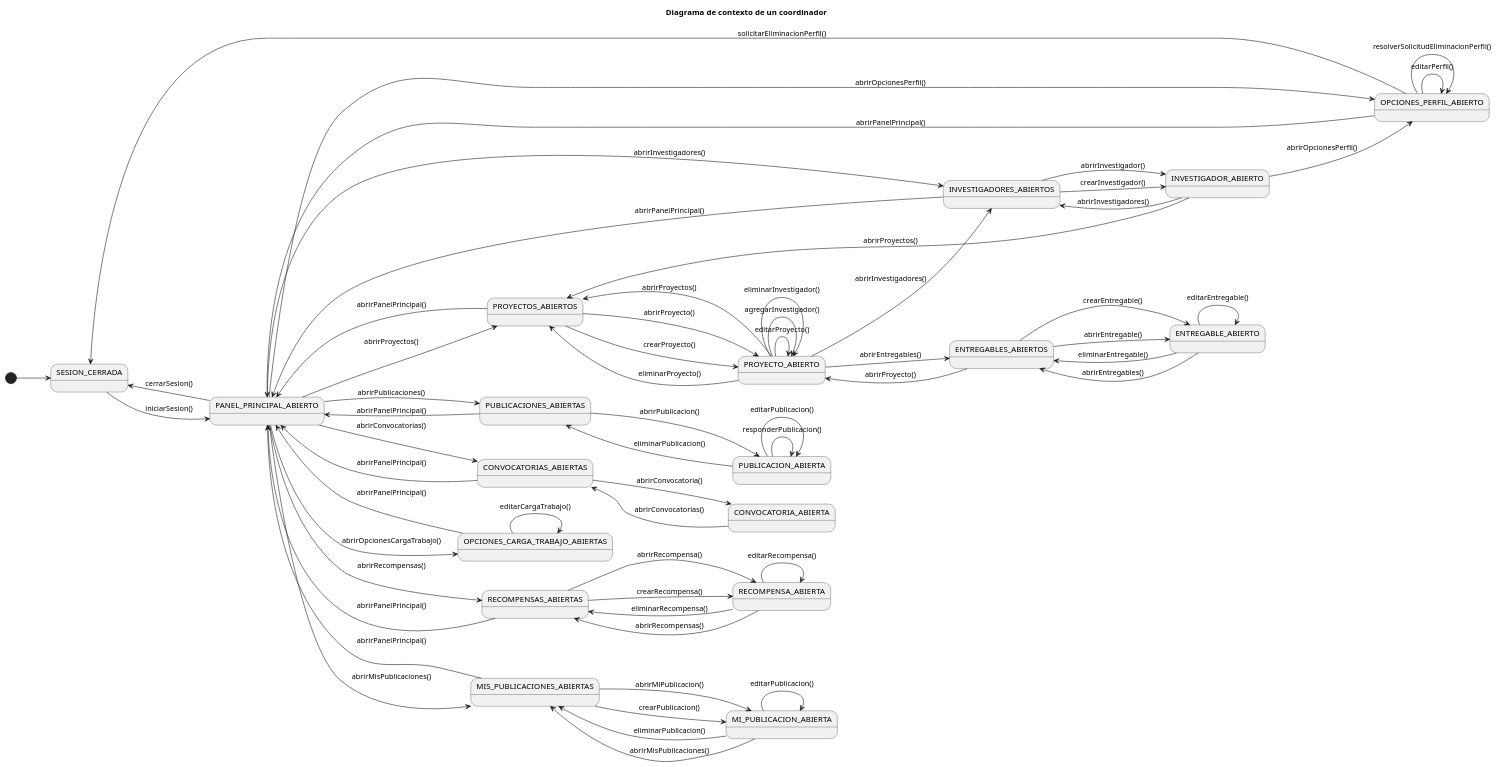
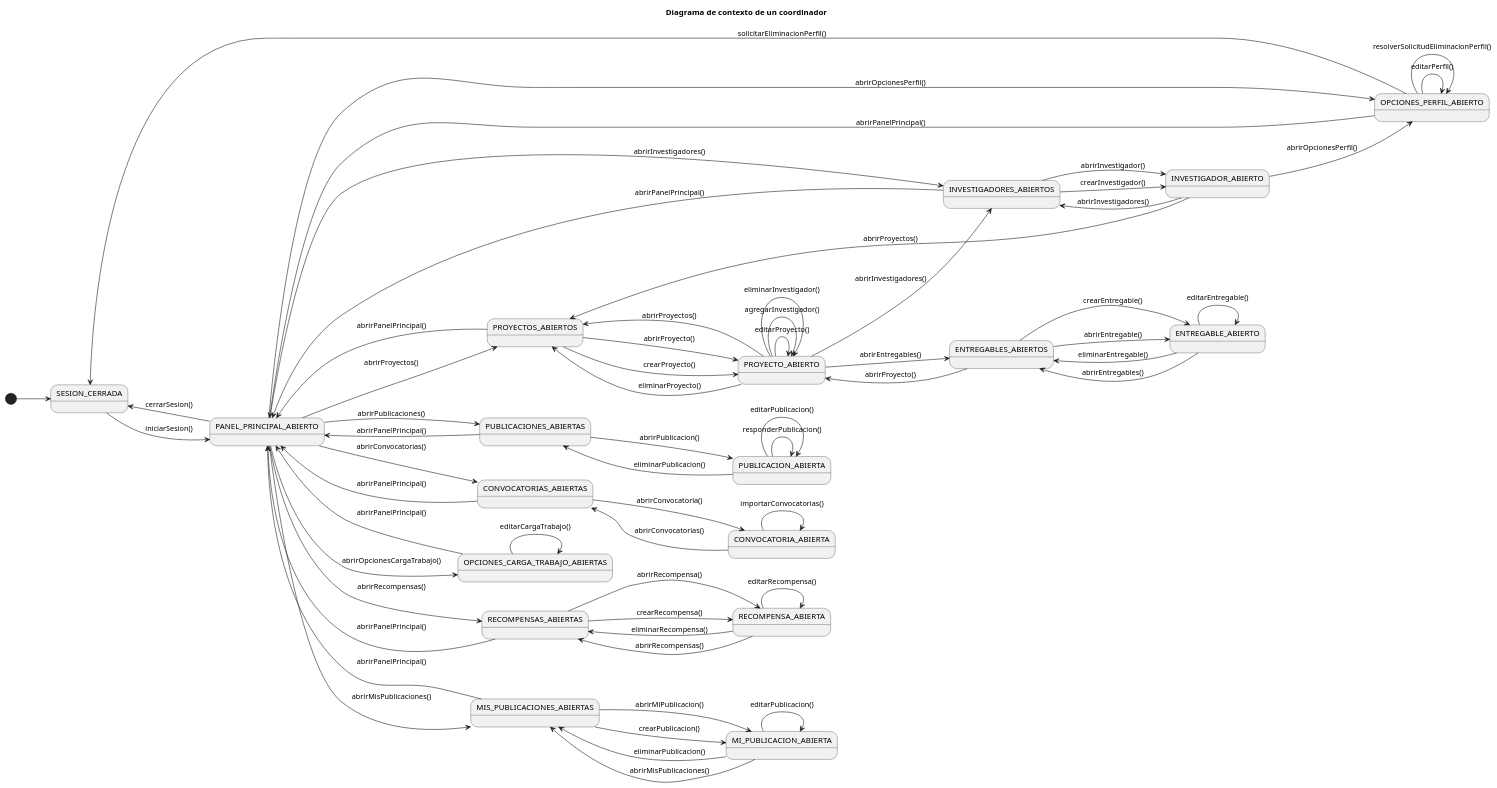
Before and after one commit to 31Diego/25-26-IdSw1-SdR: the diagram in documentación/CasosDeUso/Diagramas/DiagramaContextoCoordinador.puml, drawn with PlantUML. The commit also changed 3 other files, not shown here.

Commit message:
correccion diagrama contexto coordinador

```diff
--- a/documentación/CasosDeUso/Diagramas/DiagramaContextoCoordinador.puml
+++ b/documentación/CasosDeUso/Diagramas/DiagramaContextoCoordinador.puml
@@ -1,79 +1,80 @@
 @startuml DiagramaContextoCoordinador
 
 title Diagrama de contexto de un coordinador
 
 left to right direction
 
 [*] --> SESION_CERRADA
 SESION_CERRADA --> PANEL_PRINCIPAL_ABIERTO: iniciarSesion()
 PANEL_PRINCIPAL_ABIERTO --> SESION_CERRADA: cerrarSesion()
 
 PANEL_PRINCIPAL_ABIERTO --> OPCIONES_PERFIL_ABIERTO: abrirOpcionesPerfil()
 PANEL_PRINCIPAL_ABIERTO --> OPCIONES_CARGA_TRABAJO_ABIERTAS: abrirOpcionesCargaTrabajo()
 PANEL_PRINCIPAL_ABIERTO --> PROYECTOS_ABIERTOS: abrirProyectos()
 PANEL_PRINCIPAL_ABIERTO --> INVESTIGADORES_ABIERTOS: abrirInvestigadores()
 PANEL_PRINCIPAL_ABIERTO --> MIS_PUBLICACIONES_ABIERTAS: abrirMisPublicaciones()
 PANEL_PRINCIPAL_ABIERTO --> PUBLICACIONES_ABIERTAS: abrirPublicaciones()
 PANEL_PRINCIPAL_ABIERTO --> CONVOCATORIAS_ABIERTAS: abrirConvocatorias()
 PANEL_PRINCIPAL_ABIERTO --> RECOMPENSAS_ABIERTAS: abrirRecompensas()
 
 PUBLICACIONES_ABIERTAS --> PUBLICACION_ABIERTA: abrirPublicacion()
 PUBLICACION_ABIERTA --> PUBLICACION_ABIERTA: responderPublicacion()
 PUBLICACION_ABIERTA --> PUBLICACION_ABIERTA: editarPublicacion()
 PUBLICACION_ABIERTA --> PUBLICACIONES_ABIERTAS: eliminarPublicacion()
 PUBLICACIONES_ABIERTAS --> PANEL_PRINCIPAL_ABIERTO: abrirPanelPrincipal()
 
 MIS_PUBLICACIONES_ABIERTAS --> MI_PUBLICACION_ABIERTA: abrirMiPublicacion()
 MIS_PUBLICACIONES_ABIERTAS --> MI_PUBLICACION_ABIERTA: crearPublicacion()
 MI_PUBLICACION_ABIERTA --> MI_PUBLICACION_ABIERTA: editarPublicacion()
 MI_PUBLICACION_ABIERTA --> MIS_PUBLICACIONES_ABIERTAS: eliminarPublicacion()
 MIS_PUBLICACIONES_ABIERTAS --> PANEL_PRINCIPAL_ABIERTO: abrirPanelPrincipal()
 MI_PUBLICACION_ABIERTA --> MIS_PUBLICACIONES_ABIERTAS: abrirMisPublicaciones()
 
 OPCIONES_PERFIL_ABIERTO --> OPCIONES_PERFIL_ABIERTO: editarPerfil()
 OPCIONES_PERFIL_ABIERTO --> OPCIONES_PERFIL_ABIERTO: resolverSolicitudEliminacionPerfil()
 OPCIONES_PERFIL_ABIERTO --> SESION_CERRADA: solicitarEliminacionPerfil()
 OPCIONES_PERFIL_ABIERTO --> PANEL_PRINCIPAL_ABIERTO: abrirPanelPrincipal()
 
 OPCIONES_CARGA_TRABAJO_ABIERTAS --> OPCIONES_CARGA_TRABAJO_ABIERTAS: editarCargaTrabajo()
 OPCIONES_CARGA_TRABAJO_ABIERTAS --> PANEL_PRINCIPAL_ABIERTO: abrirPanelPrincipal()
 
 CONVOCATORIAS_ABIERTAS --> CONVOCATORIA_ABIERTA: abrirConvocatoria()
 CONVOCATORIA_ABIERTA --> CONVOCATORIAS_ABIERTAS: abrirConvocatorias()
 CONVOCATORIAS_ABIERTAS --> PANEL_PRINCIPAL_ABIERTO: abrirPanelPrincipal()
+CONVOCATORIA_ABIERTA --> CONVOCATORIA_ABIERTA: importarConvocatorias()
 
 RECOMPENSAS_ABIERTAS --> RECOMPENSA_ABIERTA: abrirRecompensa()
 RECOMPENSAS_ABIERTAS --> RECOMPENSA_ABIERTA: crearRecompensa()
 RECOMPENSA_ABIERTA --> RECOMPENSA_ABIERTA: editarRecompensa()
 RECOMPENSA_ABIERTA --> RECOMPENSAS_ABIERTAS: eliminarRecompensa()
 RECOMPENSA_ABIERTA --> RECOMPENSAS_ABIERTAS: abrirRecompensas()
 RECOMPENSAS_ABIERTAS --> PANEL_PRINCIPAL_ABIERTO: abrirPanelPrincipal()
 
 PROYECTOS_ABIERTOS --> PROYECTO_ABIERTO: abrirProyecto()
 PROYECTOS_ABIERTOS --> PROYECTO_ABIERTO: crearProyecto()
 PROYECTO_ABIERTO --> PROYECTO_ABIERTO: editarProyecto()
 PROYECTO_ABIERTO --> PROYECTOS_ABIERTOS: eliminarProyecto()
 PROYECTO_ABIERTO --> PROYECTO_ABIERTO: agregarInvestigador()
 PROYECTO_ABIERTO --> PROYECTO_ABIERTO: eliminarInvestigador()
 PROYECTO_ABIERTO --> ENTREGABLES_ABIERTOS: abrirEntregables()
 ENTREGABLES_ABIERTOS --> ENTREGABLE_ABIERTO: crearEntregable()
 PROYECTO_ABIERTO --> INVESTIGADORES_ABIERTOS: abrirInvestigadores()
 PROYECTO_ABIERTO --> PROYECTOS_ABIERTOS: abrirProyectos()
 PROYECTOS_ABIERTOS --> PANEL_PRINCIPAL_ABIERTO: abrirPanelPrincipal()
 
 ENTREGABLE_ABIERTO --> ENTREGABLE_ABIERTO: editarEntregable()
 ENTREGABLES_ABIERTOS --> ENTREGABLE_ABIERTO: abrirEntregable()
 ENTREGABLE_ABIERTO --> ENTREGABLES_ABIERTOS: eliminarEntregable()
 ENTREGABLES_ABIERTOS --> PROYECTO_ABIERTO: abrirProyecto()
 ENTREGABLE_ABIERTO --> ENTREGABLES_ABIERTOS: abrirEntregables()
 
 
 INVESTIGADORES_ABIERTOS --> INVESTIGADOR_ABIERTO: abrirInvestigador()
 INVESTIGADORES_ABIERTOS --> INVESTIGADOR_ABIERTO: crearInvestigador()
 INVESTIGADORES_ABIERTOS --> PANEL_PRINCIPAL_ABIERTO: abrirPanelPrincipal()
 
 INVESTIGADOR_ABIERTO --> OPCIONES_PERFIL_ABIERTO: abrirOpcionesPerfil()
 INVESTIGADOR_ABIERTO --> INVESTIGADORES_ABIERTOS: abrirInvestigadores()
 INVESTIGADOR_ABIERTO --> PROYECTOS_ABIERTOS: abrirProyectos()
 
 @enduml
```
